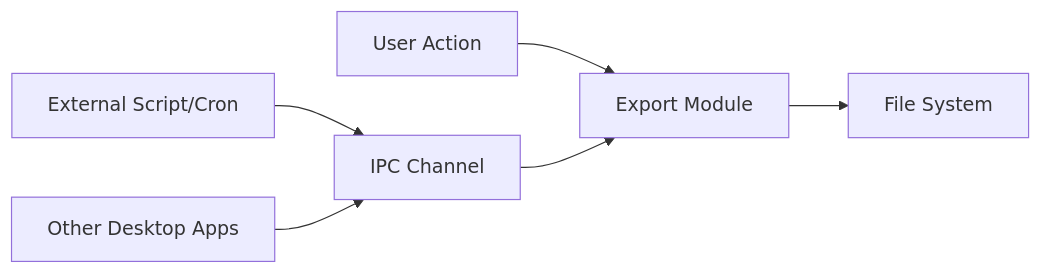
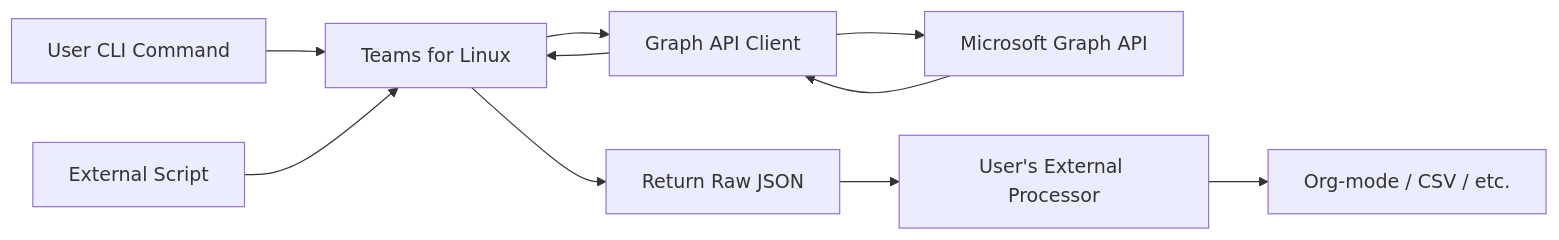
Before and after one commit to IsmaelMartinez/teams-for-linux: the diagram in docs-site/docs/development/research/calendar-data-export-research.md, drawn with Mermaid. The commit also changed other lines of this file and 1 other file, not shown here.

First line of the commit message:
Simplify calendar export research to minimal architecture

````diff
--- a/docs-site/docs/development/research/calendar-data-export-research.md
+++ b/docs-site/docs/development/research/calendar-data-export-research.md
@@ -226,8 +89,12 @@
 ```mermaid
 graph LR
-    A[User Action] --> D[Export Module]
-    B[External Script/Cron] --> C[IPC Channel]
-    C --> D
-    D --> E[File System]
-    F[Other Desktop Apps] --> C
+    A[User CLI Command] --> B[Teams for Linux]
+    C[External Script] --> B
+    B --> D[Graph API Client]
+    D --> E[Microsoft Graph API]
+    E --> D
+    D --> B
+    B --> F[Return Raw JSON]
+    F --> G[User's External Processor]
+    G --> H[Org-mode / CSV / etc.]
 ```
````
